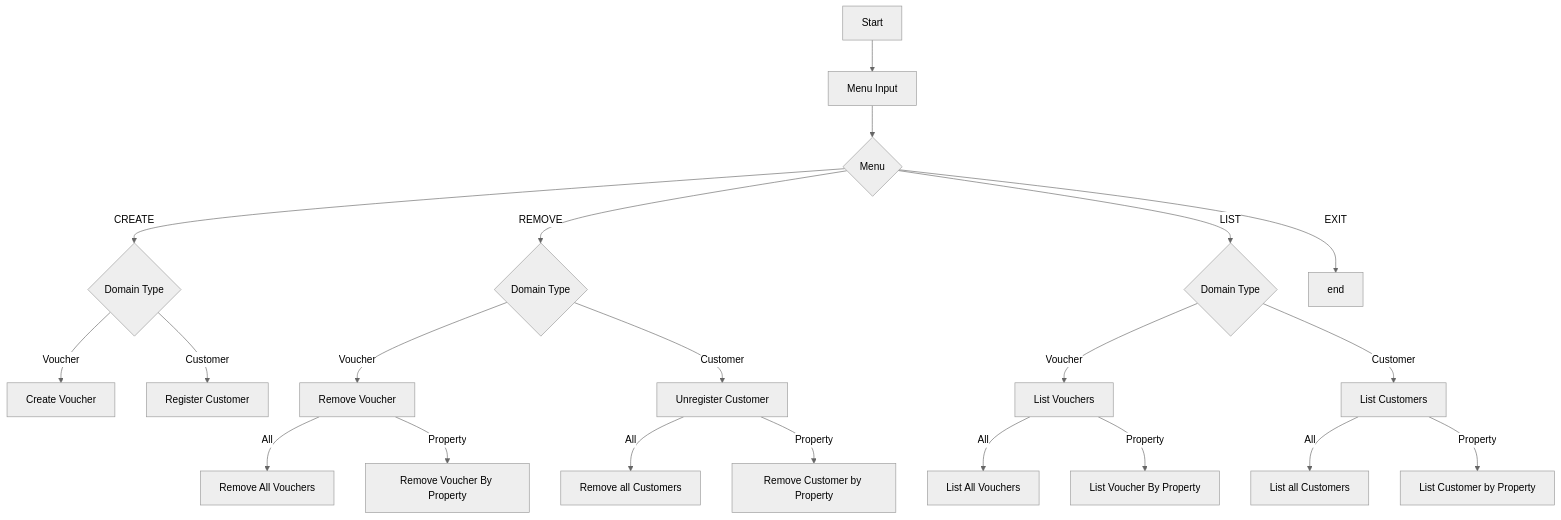
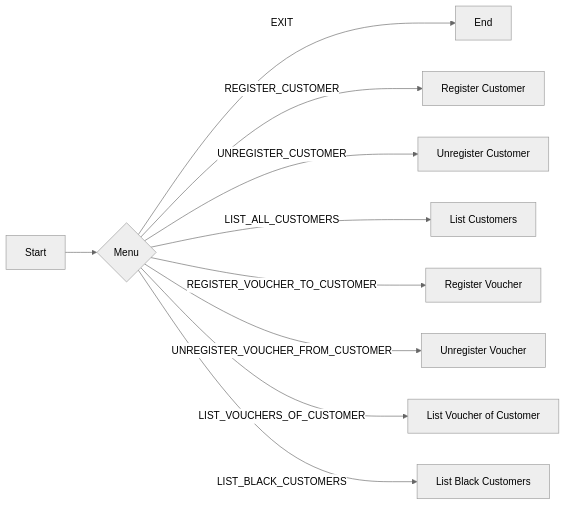
The diagram in flowchart.mermaid (prgrms-be-devcourse/springboot-basic), drawn with Mermaid (neutral theme) before and after one commit. The commit also changed 11 other files, not shown here.

```diff
--- a/flowchart.mermaid
+++ b/flowchart.mermaid
@@ -1,24 +1,10 @@
-flowchart TD
-    start_node[Start] --> menu[Menu Input] --> menuBranch{Menu}
-
-    menuBranch -- CREATE --> createBranch{Domain Type}
-    menuBranch -- REMOVE --> removeBranch{Domain Type}
-    menuBranch -- LIST --> listBranch{Domain Type}
-    menuBranch -- EXIT --> end_node[end]
-
-    createBranch -- Voucher --> createVoucher[Create Voucher]
-    createBranch -- Customer --> registerCustomer[Register Customer]
-
-    removeBranch -- Voucher --> removeVoucher[Remove Voucher]
-    removeBranch -- Customer --> removeCustomer[Unregister Customer]
-    removeVoucher -- All --> removeAllVouchers[Remove All Vouchers]
-    removeVoucher -- Property --> removeVoucherByProperty[Remove Voucher By Property]
-    removeCustomer -- All --> removeAllCustomers[Remove all Customers]
-    removeCustomer -- Property --> removeCustomerByProperty[Remove Customer by Property]
-
-    listBranch -- Voucher --> listVoucher[List Vouchers]
-    listBranch -- Customer --> listCustomer[List Customers]
-    listVoucher -- All --> listAllVouchers[List All Vouchers]
-    listVoucher -- Property --> listVoucherByProperty[List Voucher By Property]
-    listCustomer -- All --> listAllCustomers[List all Customers]
-    listCustomer -- Property --> listCustomerByProperty[List Customer by Property]
+flowchart LR
+    start_node[Start] --> menu{Menu}
+    menu -- EXIT --> end_node[End]
+    menu -- REGISTER_CUSTOMER --> RegisterCustomer[Register Customer]
+    menu -- UNREGISTER_CUSTOMER --> UnregisterCustomer[Unregister Customer]
+    menu -- LIST_ALL_CUSTOMERS --> ListCustomer[List Customers]
+    menu -- REGISTER_VOUCHER_TO_CUSTOMER --> RegisterVoucher[Register Voucher]
+    menu -- UNREGISTER_VOUCHER_FROM_CUSTOMER --> UnregisterVoucher[Unregister Voucher]
+    menu -- LIST_VOUCHERS_OF_CUSTOMER --> ListVoucher[List Voucher of Customer]
+    menu -- LIST_BLACK_CUSTOMERS --> ListBlackCustomer[List Black Customers]
```
